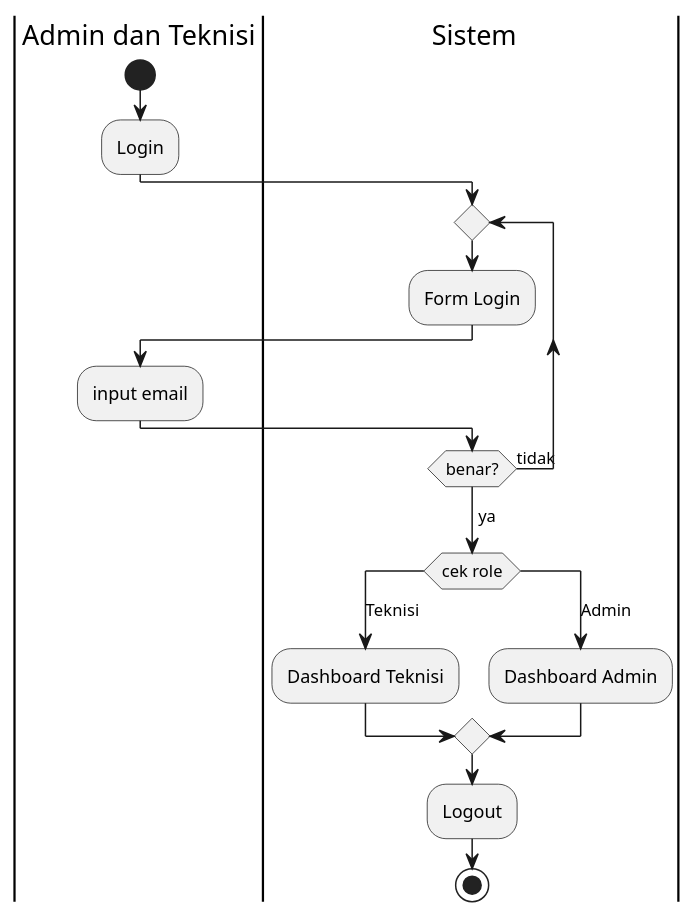
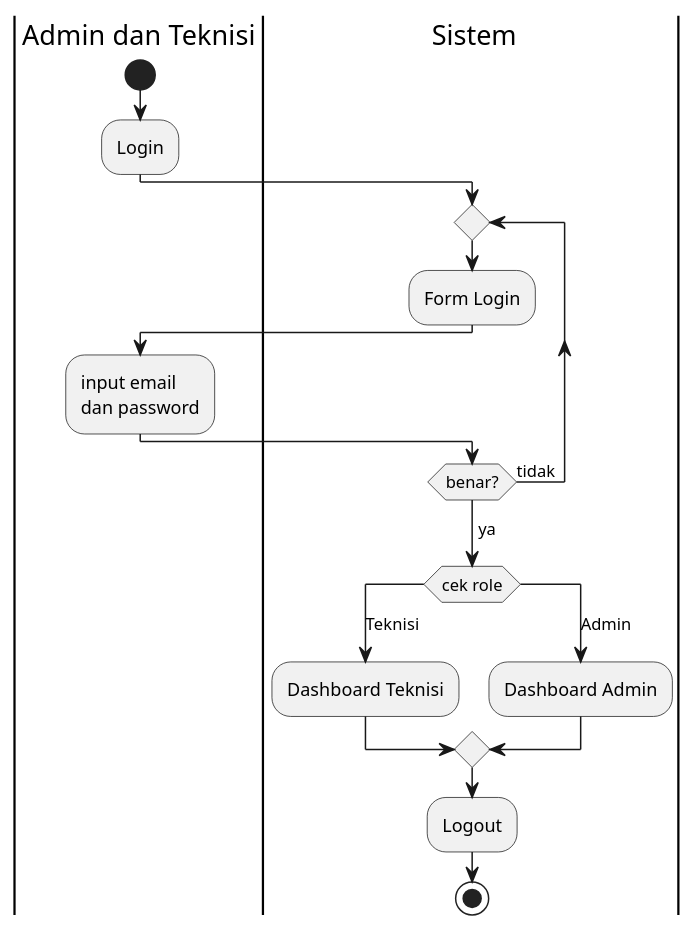
Before and after one commit to KPL-slur/eec-sifse-fixed: the diagram in Docs/diagrams/activity.plantuml, drawn with PlantUML. The commit also changed 19 other files, not shown here.

```diff
--- a/Docs/diagrams/activity.plantuml
+++ b/Docs/diagrams/activity.plantuml
@@ -1,29 +1,30 @@
 @startuml activity
 
 |aktor|Admin dan Teknisi
 start
 :Login;
 
 |sistem| Sistem
 repeat
     :Form Login;
 
 |aktor|
-:input email;
+:input email 
+dan password;
 
 |sistem|
 repeat while (benar?) is (tidak)
 ->ya;
 
 switch (cek role)
 case (Teknisi)
   :Dashboard Teknisi;
 case (Admin) 
   :Dashboard Admin;
 endswitch
 
 :Logout;
 
 stop
 
 @enduml
```
